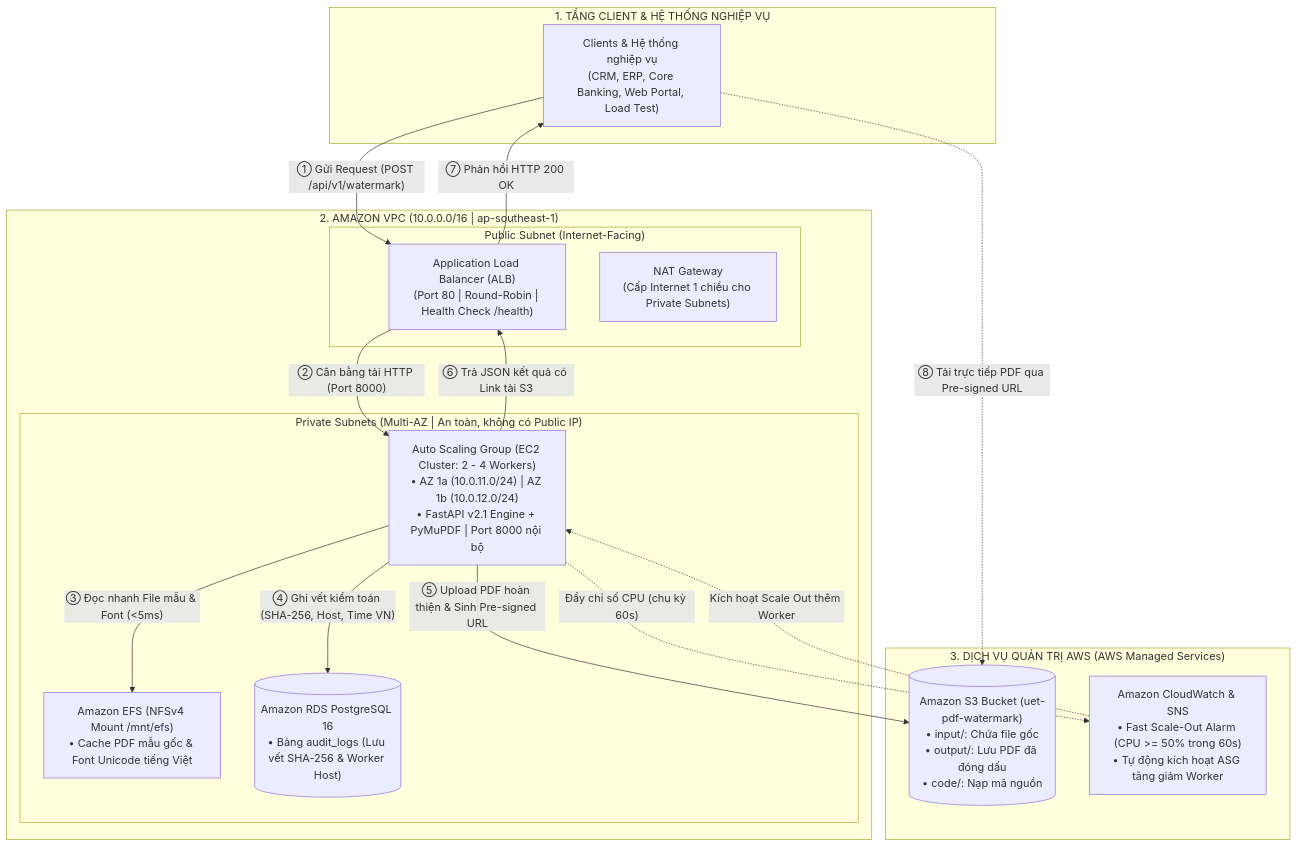
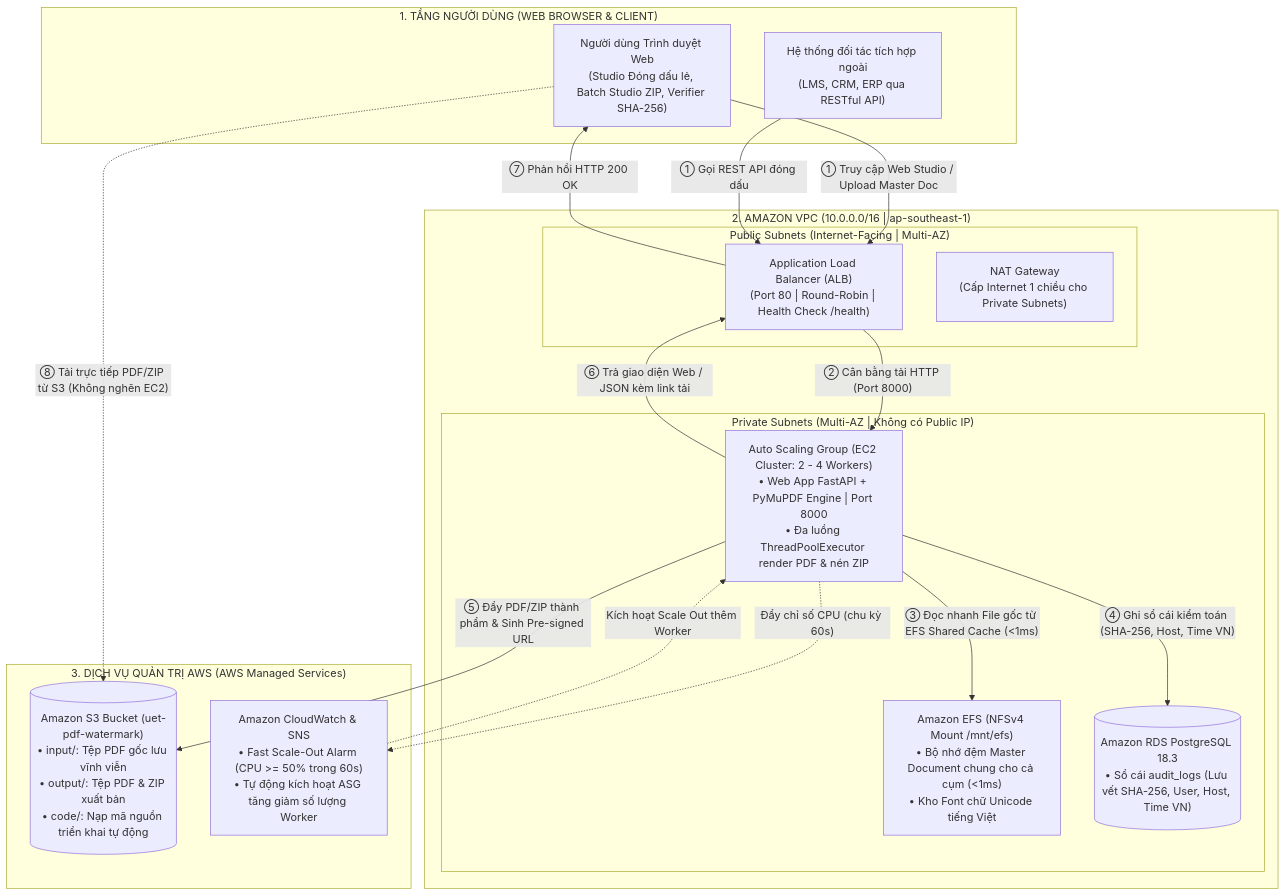
One commit to NhHung07/Dynamic-PDF-Watermarking-Pipeline changed the diagram in README.md. Above: the diagram before and after it, drawn with Mermaid. The commit also changed other lines of this file and 14 other files, not shown here.

Commit message:
feat(report & docs): update web platform architecture, interactive TOC report, and remove redundant files

````diff
--- a/README.md
+++ b/README.md
@@ -50,38 +56,40 @@
 ```mermaid
 flowchart TD
-    subgraph ClientLayer ["1. TẦNG CLIENT & HỆ THỐNG NGHIỆP VỤ"]
-        Client["Clients & Hệ thống nghiệp vụ\n(CRM, ERP, Core Banking, Web Portal, Load Test)"]
+    subgraph ClientLayer ["1. TẦNG NGƯỜI DÙNG (WEB BROWSER & CLIENT)"]
+        Browser["Người dùng Trình duyệt Web\n(Studio Đóng dấu lẻ, Batch Studio ZIP, Verifier SHA-256)"]
+        ExtAPI["Hệ thống đối tác tích hợp ngoài\n(LMS, CRM, ERP qua RESTful API)"]
     end
 
     subgraph AWSCloud ["2. AMAZON VPC (10.0.0.0/16 | ap-southeast-1)"]
-        subgraph PublicSubnet ["Public Subnet (Internet-Facing)"]
+        subgraph PublicSubnet ["Public Subnets (Internet-Facing | Multi-AZ)"]
             ALB["Application Load Balancer (ALB)\n(Port 80 | Round-Robin | Health Check /health)"]
             NAT["NAT Gateway\n(Cấp Internet 1 chiều cho Private Subnets)"]
         end
 
-        subgraph PrivateSubnet ["Private Subnets (Multi-AZ | An toàn, không có Public IP)"]
-            ASG["Auto Scaling Group (EC2 Cluster: 2 - 4 Workers)\n• AZ 1a (10.0.11.0/24) | AZ 1b (10.0.12.0/24)\n• FastAPI v2.1 Engine + PyMuPDF | Port 8000 nội bộ"]
-            EFS["Amazon EFS (NFSv4 Mount /mnt/efs)\n• Cache PDF mẫu gốc & Font Unicode tiếng Việt"]
-            RDS[("Amazon RDS PostgreSQL 16\n• Bảng audit_logs (Lưu vết SHA-256 & Worker Host)")]
+        subgraph PrivateSubnet ["Private Subnets (Multi-AZ | Không có Public IP)"]
+            ASG["Auto Scaling Group (EC2 Cluster: 2 - 4 Workers)\n• Web App FastAPI + PyMuPDF Engine | Port 8000\n• Đa luồng ThreadPoolExecutor render PDF & nén ZIP"]
+            EFS["Amazon EFS (NFSv4 Mount /mnt/efs)\n• Bộ nhớ đệm Master Document chung cho cả cụm (<1ms)\n• Kho Font chữ Unicode tiếng Việt"]
+            RDS[("Amazon RDS PostgreSQL 18.3\n• Sổ cái audit_logs (Lưu vết SHA-256, User, Host, Time VN)")]
         end
     end
 
     subgraph ManagedStorage ["3. DỊCH VỤ QUẢN TRỊ AWS (AWS Managed Services)"]
-        S3[("Amazon S3 Bucket (uet-pdf-watermark)\n• input/: Chứa file gốc\n• output/: Lưu PDF đã đóng dấu\n• code/: Nạp mã nguồn")]
-        CW["Amazon CloudWatch & SNS\n• Fast Scale-Out Alarm (CPU >= 50% trong 60s)\n• Tự động kích hoạt ASG tăng giảm Worker"]
+        S3[("Amazon S3 Bucket (uet-pdf-watermark)\n• input/: Tệp PDF gốc lưu vĩnh viễn\n• output/: Tệp PDF & ZIP xuất bản\n• code/: Nạp mã nguồn triển khai tự động")]
+        CW["Amazon CloudWatch & SNS\n• Fast Scale-Out Alarm (CPU >= 50% trong 60s)\n• Tự động kích hoạt ASG tăng giảm số lượng Worker"]
     end
 
-    %% Luồng yêu cầu nghiệp vụ
-    Client -->|"① Gửi Request (POST /api/v1/watermark)"| ALB
+    %% Luồng yêu cầu người dùng
+    Browser -->|"① Truy cập Web Studio / Upload Master Doc"| ALB
+    ExtAPI -->|"① Gọi REST API đóng dấu"| ALB
     ALB -->|"② Cân bằng tải HTTP (Port 8000)"| ASG
-    ASG -->|"③ Đọc nhanh File mẫu & Font (<5ms)"| EFS
-    ASG -->|"④ Ghi vết kiểm toán (SHA-256, Host, Time VN)"| RDS
-    ASG -->|"⑤ Upload PDF hoàn thiện & Sinh Pre-signed URL"| S3
-    ASG -->|"⑥ Trả JSON kết quả có Link tải S3"| ALB
-    ALB -->|"⑦ Phản hồi HTTP 200 OK"| Client
-    Client -.->|"⑧ Tải trực tiếp PDF qua Pre-signed URL"| S3
+    ASG -->|"③ Đọc nhanh File gốc từ EFS Shared Cache (<1ms)"| EFS
+    ASG -->|"④ Ghi sổ cái kiểm toán (SHA-256, Host, Time VN)"| RDS
+    ASG -->|"⑤ Đẩy PDF/ZIP thành phẩm & Sinh Pre-signed URL"| S3
+    ASG -->|"⑥ Trả giao diện Web / JSON kèm link tải"| ALB
+    ALB -->|"⑦ Phản hồi HTTP 200 OK"| Browser
+    Browser -.->|"⑧ Tải trực tiếp PDF/ZIP từ S3 (Không nghẽn EC2)"| S3
 
     %% Luồng giám sát & Tự động mở rộng
     ASG -.->|"Đẩy chỉ số CPU (chu kỳ 60s)"| CW
     CW -.->|"Kích hoạt Scale Out thêm Worker"| ASG
 ```
````
